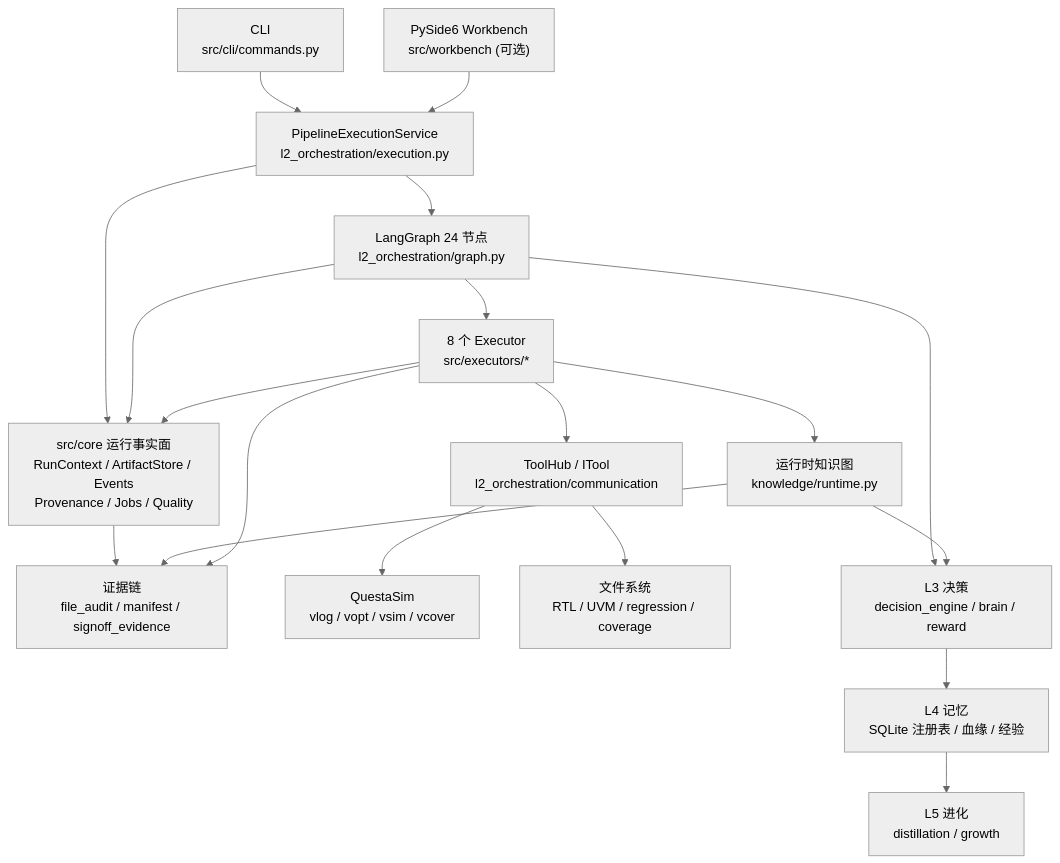
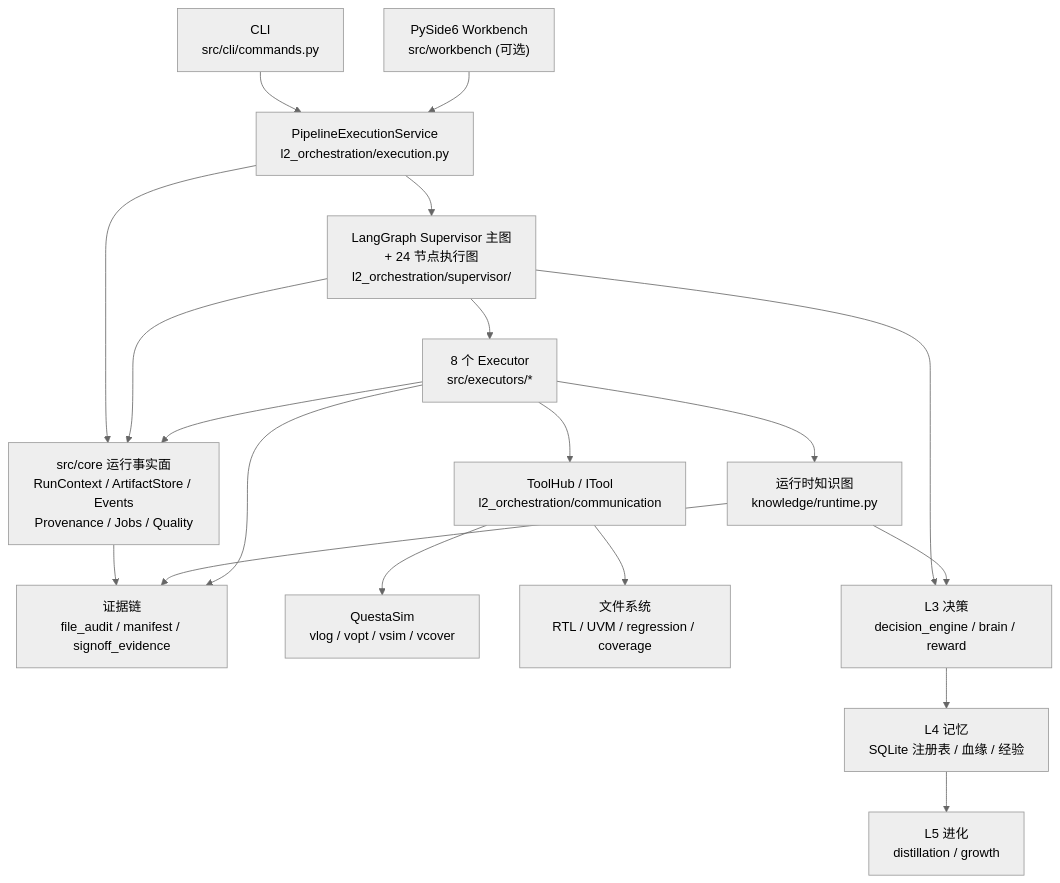
One commit to jiangqingliu88/langchaingraph_cdv changed the diagram in ARCHITECTURE.md. Above: the diagram before and after it, drawn with Mermaid (neutral theme). The commit also changed other lines of this file and 19 other files, not shown here.

First line of the commit message:
feat(arch): supervisor graph with expert subgraphs

````diff
--- a/ARCHITECTURE.md
+++ b/ARCHITECTURE.md
@@ -259,22 +259,22 @@
 ```mermaid
 flowchart TB
     CLI["CLI<br/>src/cli/commands.py"] --> SVC["PipelineExecutionService<br/>l2_orchestration/execution.py"]
     GUI["PySide6 Workbench<br/>src/workbench (可选)"] --> SVC
 
-    SVC --> GRAPH["LangGraph 24 节点<br/>l2_orchestration/graph.py"]
+    SVC --> GRAPH["LangGraph Supervisor 主图<br/>+ 24 节点执行图<br/>l2_orchestration/supervisor/"]
     SVC --> CORE["src/core 运行事实面<br/>RunContext / ArtifactStore / Events<br/>Provenance / Jobs / Quality"]
     GRAPH --> CORE
     EXEC --> CORE
     CORE --> EVID
     GRAPH --> EXEC["8 个 Executor<br/>src/executors/*"]
     EXEC --> TOOLS["ToolHub / ITool<br/>l2_orchestration/communication"]
     TOOLS --> EDA["QuestaSim<br/>vlog / vopt / vsim / vcover"]
     TOOLS --> FS["文件系统<br/>RTL / UVM / regression / coverage"]
     GRAPH --> DEC["L3 决策<br/>decision_engine / brain / reward"]
     EXEC --> KG["运行时知识图<br/>knowledge/runtime.py"]
     KG --> DEC
     KG --> EVID
     DEC --> MEM["L4 记忆<br/>SQLite 注册表 / 血缘 / 经验"]
     MEM --> EVO["L5 进化<br/>distillation / growth"]
     EXEC --> EVID["证据链<br/>file_audit / manifest / signoff_evidence"]
 ```
````
